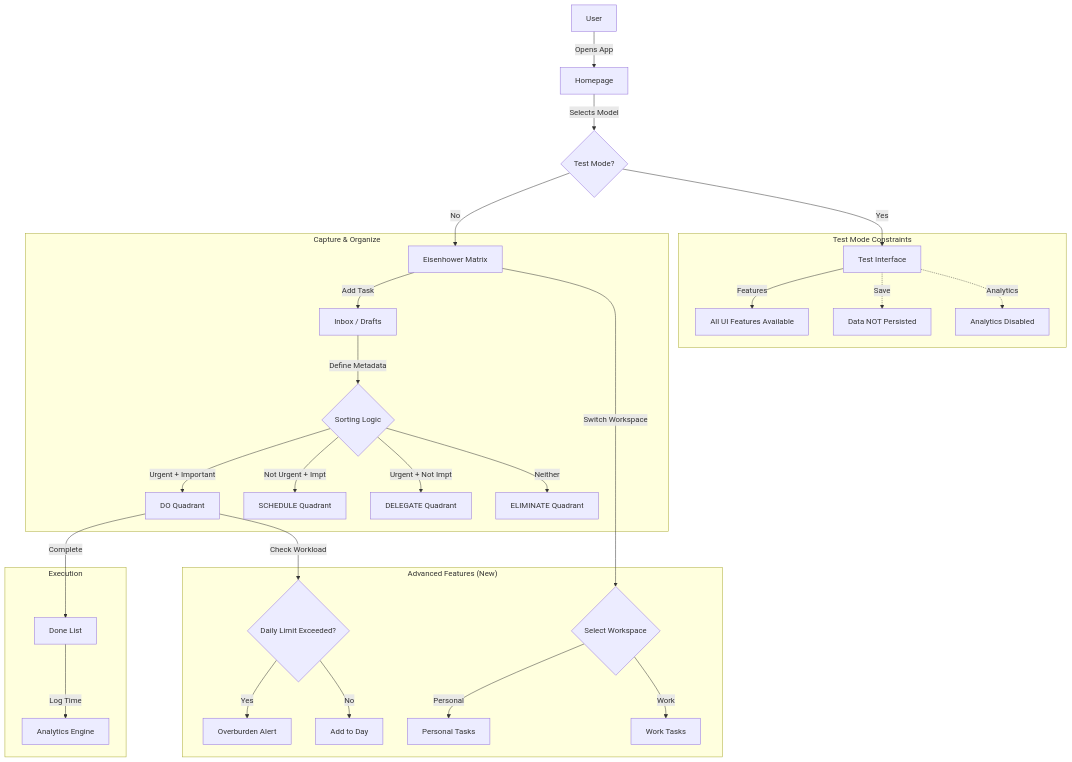
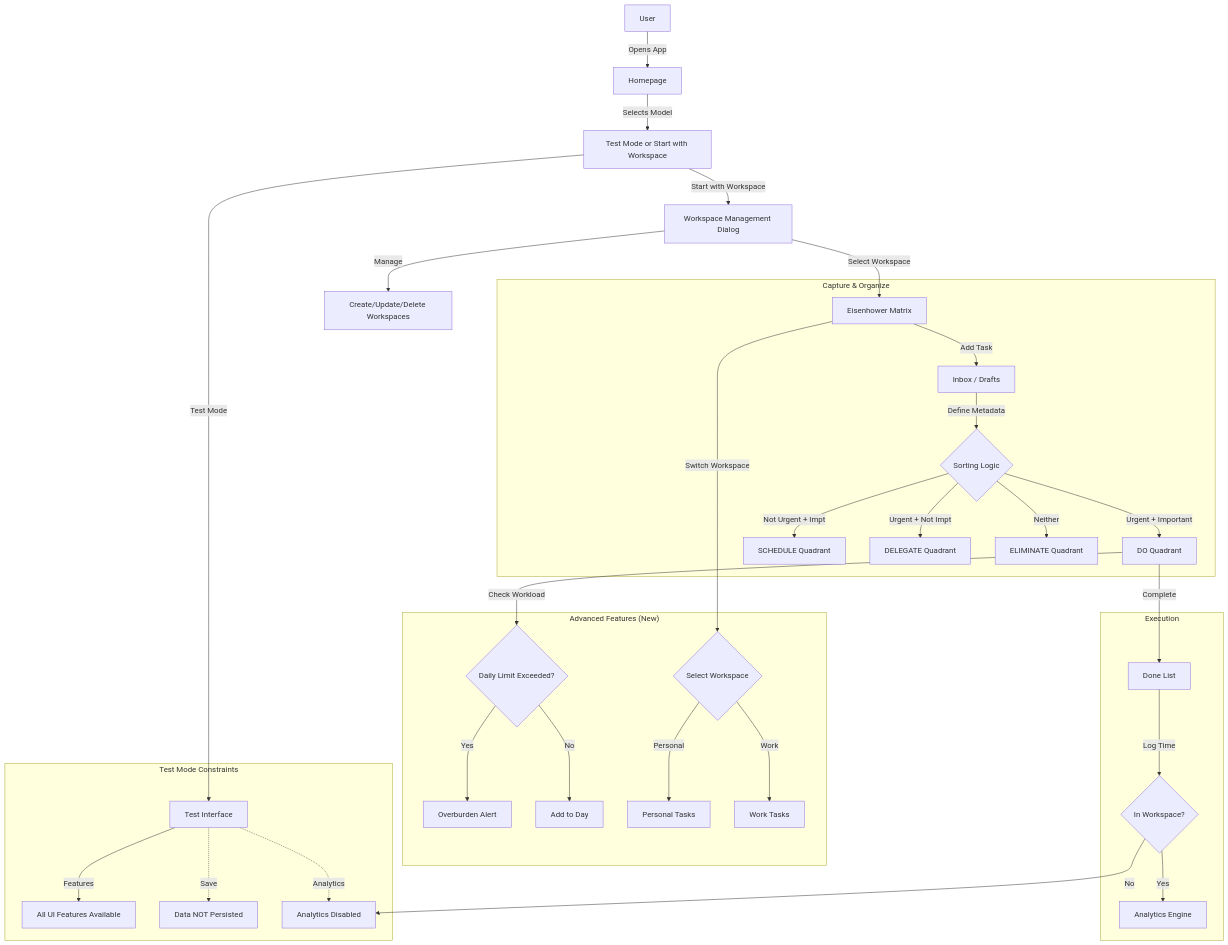
Before and after one commit to kush95300/kaushal-mental-models-app: the diagram in Docs/user_flow.md, drawn with Mermaid. The commit also changed 86 other files, not shown here.

````diff
--- a/Docs/user_flow.md
+++ b/Docs/user_flow.md
@@ -5,38 +5,42 @@
 ```mermaid
 graph TD
     User[User] -->|Opens App| Home[Homepage]
-    Home -->|Selects Model| ModeCheck{Test Mode?}
+    Home -->|Selects Model| MainModal[Test Mode or Start with Workspace]
+    MainModal -->|Test Mode| TestView[Test Interface]
+    MainModal -->|Start with Workspace| WorkspaceList[Workspace Management Dialog]
 
-    ModeCheck -->|Yes| TestView[Test Interface]
-    ModeCheck -->|No| Matrix[Eisenhower Matrix]
+    WorkspaceList -->|Manage| ManageWS[Create/Update/Delete Workspaces]
+    WorkspaceList -->|Select Workspace| Matrix[Eisenhower Matrix]
 
     subgraph "Test Mode Constraints"
         TestView -->|Features| AllFeatures[All UI Features Available]
         TestView -.->|Save| NoSave[Data NOT Persisted]
         TestView -.->|Analytics| NoAnalytics[Analytics Disabled]
     end
 
     subgraph "Capture & Organize"
         Matrix -->|Add Task| Inbox[Inbox / Drafts]
         Inbox -->|Define Metadata| Sorting{Sorting Logic}
         Sorting -->|Urgent + Important| Do[DO Quadrant]
         Sorting -->|Not Urgent + Impt| Schedule[SCHEDULE Quadrant]
         Sorting -->|Urgent + Not Impt| Delegate[DELEGATE Quadrant]
         Sorting -->|Neither| Eliminate[ELIMINATE Quadrant]
     end
 
     subgraph "Advanced Features (New)"
         Do -->|Check Workload| WorkloadCheck{Daily Limit Exceeded?}
         WorkloadCheck -->|Yes| Warning[Overburden Alert]
         WorkloadCheck -->|No| Safe[Add to Day]
 
         Matrix -->|Switch Workspace| Workspace{Select Workspace}
         Workspace -->|Personal| PersonalView[Personal Tasks]
         Workspace -->|Work| WorkView[Work Tasks]
     end
 
     subgraph "Execution"
         Do -->|Complete| Done[Done List]
-        Done -->|Log Time| Analytics[Analytics Engine]
+        Done -->|Log Time| ContextCheck{In Workspace?}
+        ContextCheck -->|Yes| Analytics[Analytics Engine]
+        ContextCheck -->|No| NoAnalytics[Analytics Disabled]
     end
 ```
````
